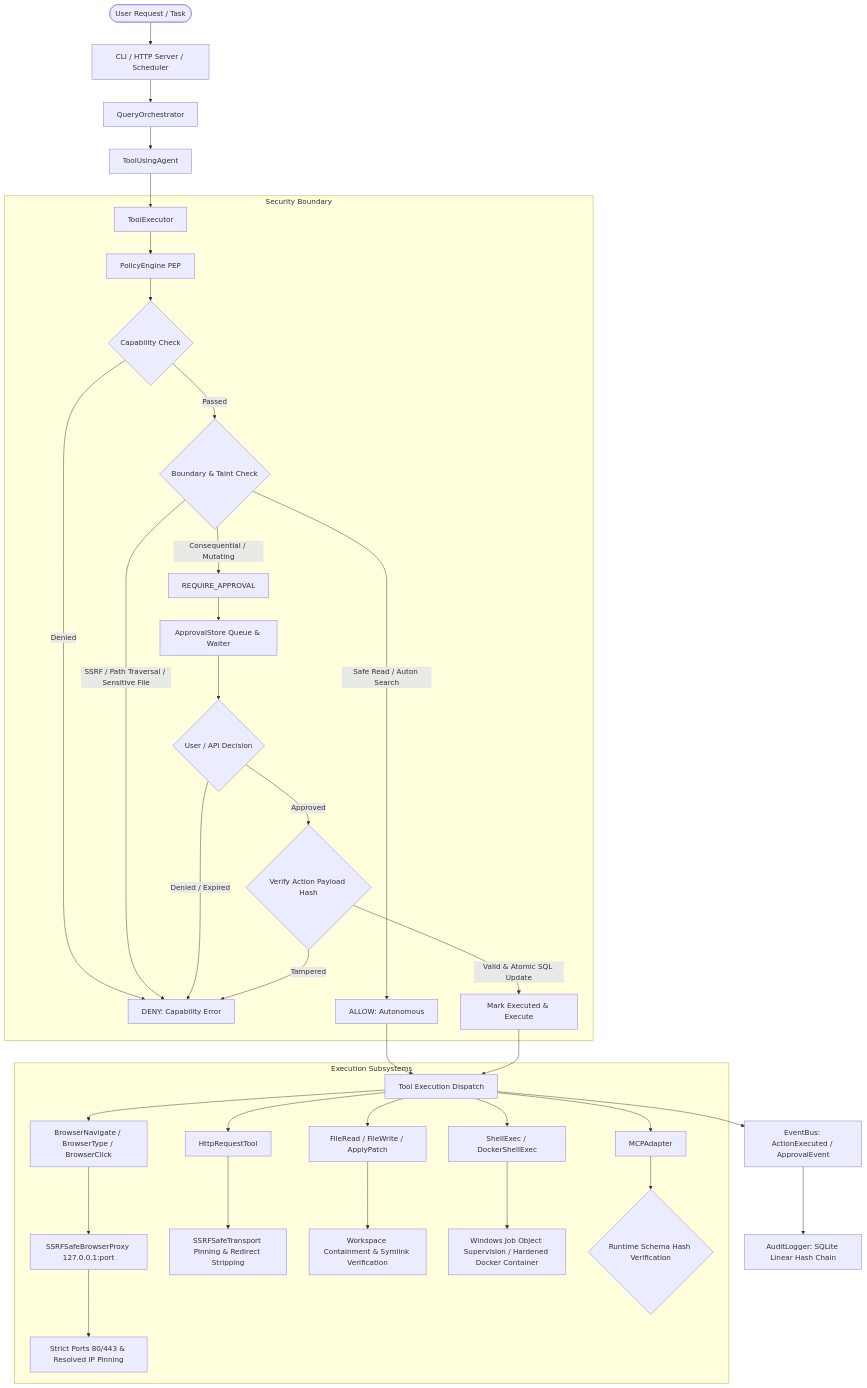
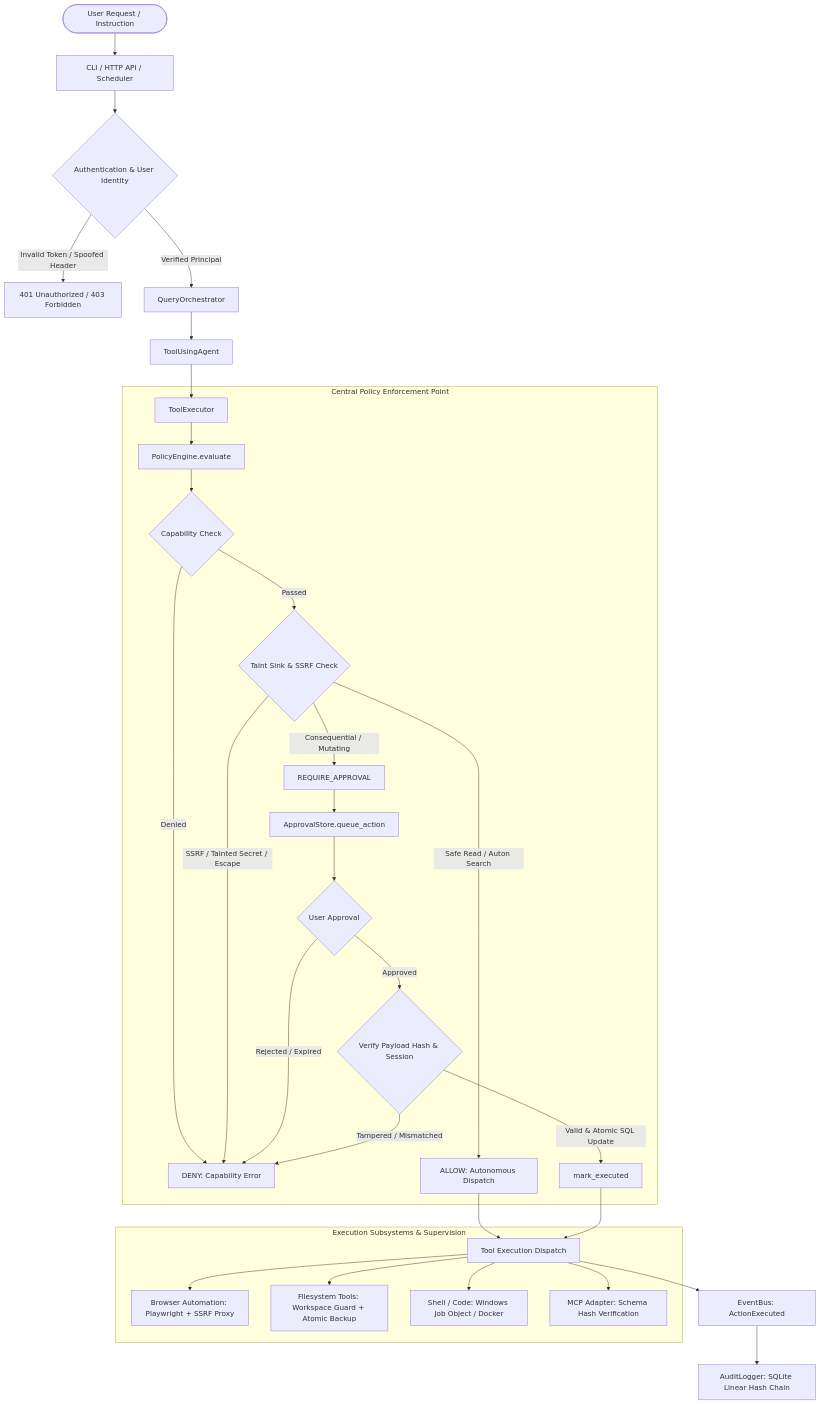
Before and after one commit to GunjanRoy4224/study-planner4student: the diagram in FINAL_SECURITY_IMPLEMENTATION_REPORT.md, drawn with Mermaid. The commit also changed other lines of this file and 2 other files, not shown here.

````diff
--- a/FINAL_SECURITY_IMPLEMENTATION_REPORT.md
+++ b/FINAL_SECURITY_IMPLEMENTATION_REPORT.md
@@ -28,49 +47,41 @@
 ```mermaid
 flowchart TD
-    User([User Request / Task]) --> CLI[CLI / HTTP Server / Scheduler]
-    CLI --> Orch[QueryOrchestrator]
+    User([User Request / Instruction]) --> CLI[CLI / HTTP API / Scheduler]
+    CLI --> AuthGate{Authentication & User Identity}
+    AuthGate -- Invalid Token / Spoofed Header --> DenyAuth[401 Unauthorized / 403 Forbidden]
+    AuthGate -- Verified Principal --> Orch[QueryOrchestrator]
+    
     Orch --> Agent[ToolUsingAgent]
     Agent --> Exec[ToolExecutor]
     
-    subgraph Security Boundary
-        Exec --> PEP[PolicyEngine PEP]
-        PEP --> CapCheck{Capability Check}
-        CapCheck -- Denied --> PEPDeny[DENY: Capability Error]
-        CapCheck -- Passed --> BoundaryCheck{Boundary & Taint Check}
+    subgraph PEP [Central Policy Enforcement Point]
+        Exec --> PolicyEngine[PolicyEngine.evaluate]
+        PolicyEngine --> CapCheck{Capability Check}
+        CapCheck -- Denied --> DenyPolicy[DENY: Capability Error]
         
-        BoundaryCheck -- SSRF / Path Traversal / Sensitive File --> PEPDeny
-        BoundaryCheck -- Safe Read / Auton Search --> PEPAllow[ALLOW: Autonomous]
-        BoundaryCheck -- Consequential / Mutating --> PEPAppr[REQUIRE_APPROVAL]
+        CapCheck -- Passed --> TaintCheck{Taint Sink & SSRF Check}
+        TaintCheck -- SSRF / Tainted Secret / Escape --> DenyPolicy
+        TaintCheck -- Safe Read / Auton Search --> AllowPolicy[ALLOW: Autonomous Dispatch]
+        TaintCheck -- Consequential / Mutating --> RequireAppr[REQUIRE_APPROVAL]
         
-        PEPAppr --> Store[ApprovalStore Queue & Waiter]
-        Store --> Decision{User / API Decision}
-        Decision -- Denied / Expired --> PEPDeny
-        Decision -- Approved --> MatchHash{Verify Action Payload Hash}
-        MatchHash -- Tampered --> PEPDeny
-        MatchHash -- Valid & Atomic SQL Update --> MarkExec[Mark Executed & Execute]
+        RequireAppr --> ApprovalStore[ApprovalStore.queue_action]
+        ApprovalStore --> UserDecision{User Approval}
+        UserDecision -- Rejected / Expired --> DenyPolicy
+        UserDecision -- Approved --> HashVerify{Verify Payload Hash & Session}
+        HashVerify -- Tampered / Mismatched --> DenyPolicy
+        HashVerify -- Valid & Atomic SQL Update --> MarkExec[mark_executed]
     end
     
-    PEPAllow --> Dispatch[Tool Execution Dispatch]
+    AllowPolicy --> Dispatch[Tool Execution Dispatch]
     MarkExec --> Dispatch
     
-    subgraph Execution Subsystems
-        Dispatch --> BrowserTool[BrowserNavigate / BrowserType / BrowserClick]
-        BrowserTool --> Proxy[SSRFSafeBrowserProxy 127.0.0.1:port]
-        Proxy --> Net[Strict Ports 80/443 & Resolved IP Pinning]
-        
-        Dispatch --> HTTPTool[HttpRequestTool]
-        HTTPTool --> SSRFTransport[SSRFSafeTransport Pinning & Redirect Stripping]
-        
-        Dispatch --> FileTools[FileRead / FileWrite / ApplyPatch]
-        FileTools --> PathGuard[Workspace Containment & Symlink Verification]
-        
-        Dispatch --> ShellTool[ShellExec / DockerShellExec]
-        ShellTool --> Sandbox[Windows Job Object Supervision / Hardened Docker Container]
-        
-        Dispatch --> MCPTool[MCPAdapter]
-        MCPTool --> SchemaCheck{Runtime Schema Hash Verification}
+    subgraph Subsystems [Execution Subsystems & Supervision]
+        Dispatch --> BrowserSub[Browser Automation: Playwright + SSRF Proxy]
+        Dispatch --> FileSub[Filesystem Tools: Workspace Guard + Atomic Backup]
+        Dispatch --> ShellSub[Shell / Code: Windows Job Object / Docker]
+        Dispatch --> MCPSub[MCP Adapter: Schema Hash Verification]
     end
     
-    Dispatch --> Bus[EventBus: ActionExecuted / ApprovalEvent]
-    Bus --> Audit[AuditLogger: SQLite Linear Hash Chain]
+    Dispatch --> EventBus[EventBus: ActionExecuted]
+    EventBus --> AuditLogger[AuditLogger: SQLite Linear Hash Chain]
 ```
````
